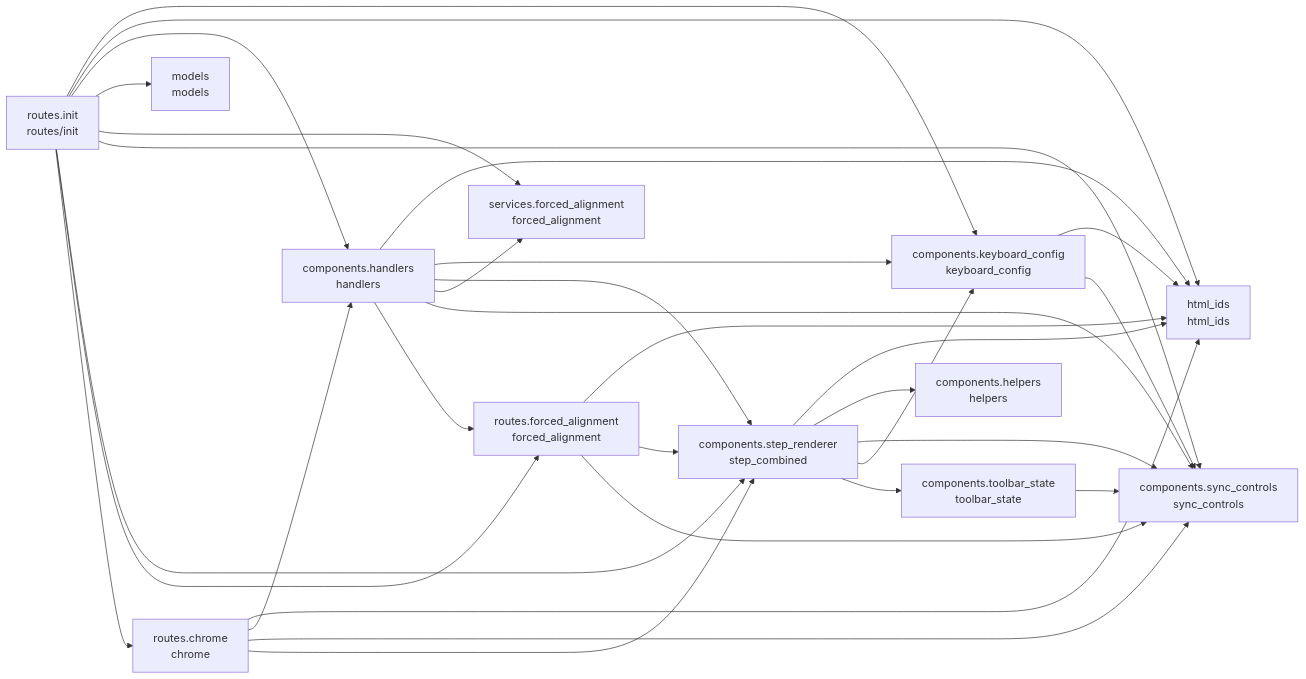
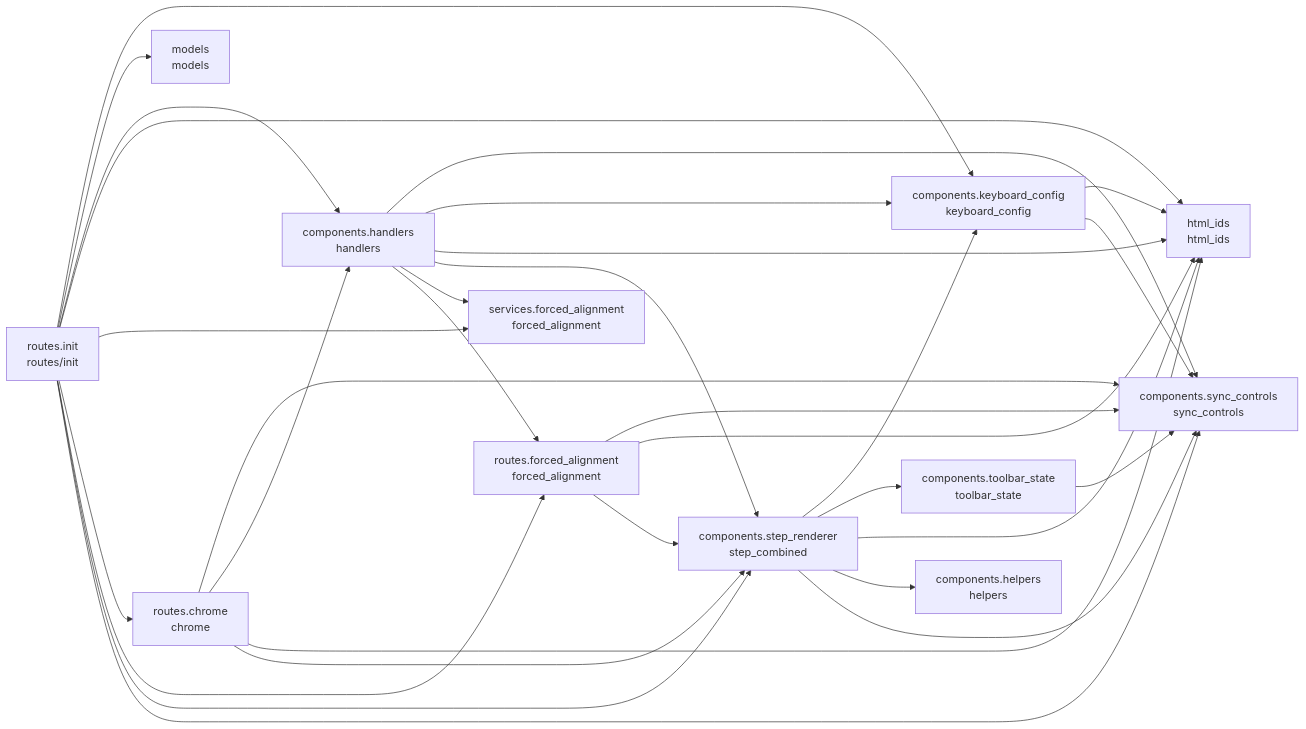
One commit to cj-mills/cjm-transcript-segment-align changed the diagram in README.md. Above: the diagram before and after it, drawn with Mermaid. The commit also changed other lines of this file and 9 other files, not shown here.

Commit message:
Replace SHARED_CONTROLS width slider and card-count select with persistent settings modals and per-column trigger buttons, reducing chrome switch from 3 OOB swaps to 2.

````diff
--- a/README.md
+++ b/README.md
@@ -35,46 +35,46 @@
 ``` mermaid
 graph LR
     components_handlers[components.handlers<br/>handlers]
     components_helpers[components.helpers<br/>helpers]
     components_keyboard_config[components.keyboard_config<br/>keyboard_config]
     components_step_renderer[components.step_renderer<br/>step_combined]
     components_sync_controls[components.sync_controls<br/>sync_controls]
     components_toolbar_state[components.toolbar_state<br/>toolbar_state]
     html_ids[html_ids<br/>html_ids]
     models[models<br/>models]
     routes_chrome[routes.chrome<br/>chrome]
     routes_forced_alignment[routes.forced_alignment<br/>forced_alignment]
     routes_init[routes.init<br/>routes/init]
     services_forced_alignment[services.forced_alignment<br/>forced_alignment]
 
+    components_handlers --> components_sync_controls
+    components_handlers --> components_keyboard_config
     components_handlers --> html_ids
-    components_handlers --> components_keyboard_config
     components_handlers --> components_step_renderer
     components_handlers --> services_forced_alignment
-    components_handlers --> components_sync_controls
     components_handlers --> routes_forced_alignment
     components_keyboard_config --> html_ids
     components_keyboard_config --> components_sync_controls
+    components_step_renderer --> components_keyboard_config
+    components_step_renderer --> components_toolbar_state
     components_step_renderer --> html_ids
     components_step_renderer --> components_helpers
     components_step_renderer --> components_sync_controls
-    components_step_renderer --> components_keyboard_config
-    components_step_renderer --> components_toolbar_state
     components_toolbar_state --> components_sync_controls
+    routes_chrome --> components_sync_controls
+    routes_chrome --> components_handlers
     routes_chrome --> html_ids
-    routes_chrome --> components_handlers
-    routes_chrome --> components_sync_controls
     routes_chrome --> components_step_renderer
+    routes_forced_alignment --> components_sync_controls
     routes_forced_alignment --> html_ids
     routes_forced_alignment --> components_step_renderer
-    routes_forced_alignment --> components_sync_controls
     routes_init --> components_keyboard_config
+    routes_init --> models
+    routes_init --> components_handlers
     routes_init --> html_ids
-    routes_init --> components_handlers
-    routes_init --> models
     routes_init --> services_forced_alignment
+    routes_init --> routes_chrome
+    routes_init --> routes_forced_alignment
+    routes_init --> components_step_renderer
     routes_init --> components_sync_controls
-    routes_init --> components_step_renderer
-    routes_init --> routes_forced_alignment
-    routes_init --> routes_chrome
 ```
````
